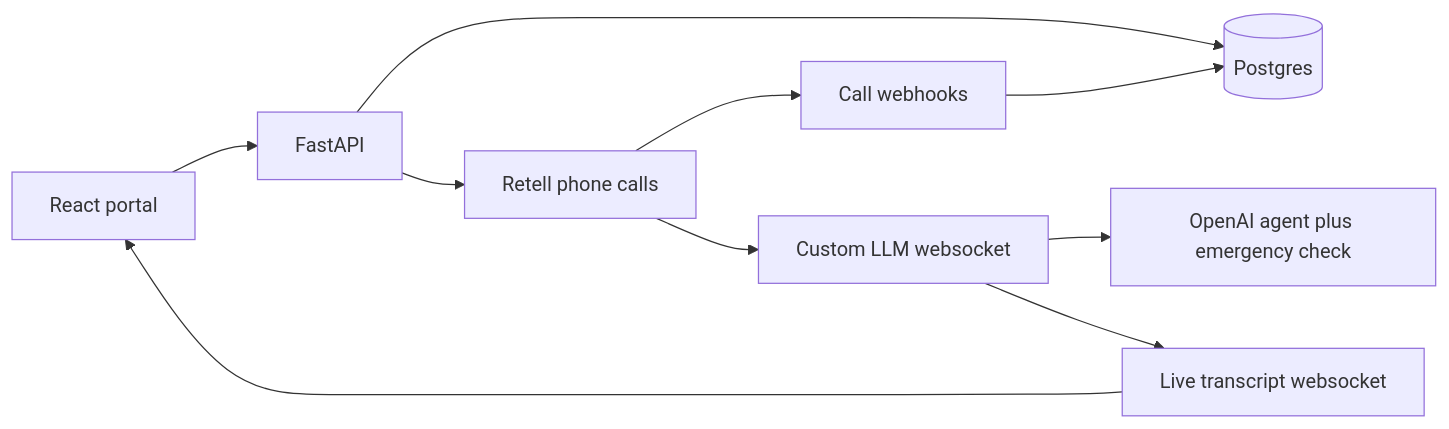
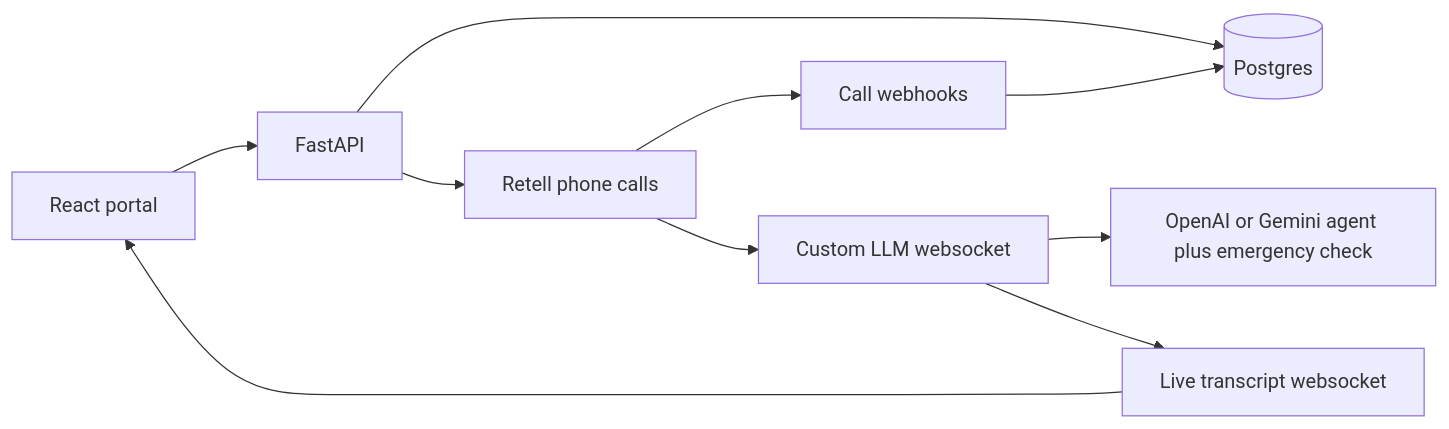
One commit to JohnnyMud/patient-calling-system changed the diagram in README.md. Above: the diagram before and after it, drawn with Mermaid. The commit also changed other lines of this file and 20 other files, not shown here.

First line of the commit message:
Add pluggable OpenAI/Gemini LLM providers with settings UI.

````diff
--- a/README.md
+++ b/README.md
@@ -18,12 +18,12 @@
 ```mermaid
 flowchart LR
   UI[React portal] --> API[FastAPI]
   API --> DB[(Postgres)]
   API --> Retell[Retell phone calls]
   Retell --> Webhook[Call webhooks]
   Retell --> LLMWS[Custom LLM websocket]
-  LLMWS --> OpenAI[OpenAI agent plus emergency check]
+  LLMWS --> LLM[OpenAI or Gemini agent plus emergency check]
   LLMWS --> LiveWS[Live transcript websocket]
   LiveWS --> UI
   Webhook --> DB
 ```
````
